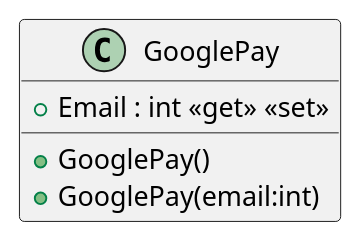
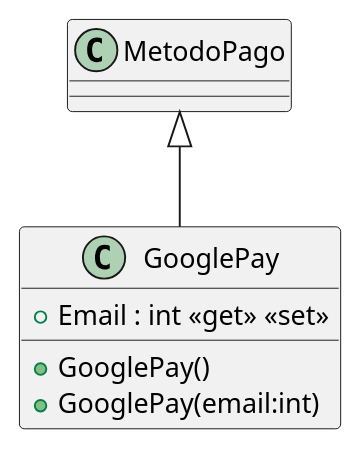
Before and after one commit to ISII2627NeedMoneyForMac/ISII2627NeedMoneyForMac: the diagram in src/AppForSEII.API/ClassDiagram/GooglePay.puml, drawn with PlantUML. The commit also changed 1 other file, not shown here.

Commit message:
cambiados los archivos .puml de GooglePay y Visa (#58)
cambiados los archivos .puml de GooglePay y Visa

```diff
--- a/src/AppForSEII.API/ClassDiagram/GooglePay.puml
+++ b/src/AppForSEII.API/ClassDiagram/GooglePay.puml
@@ -1,7 +1,8 @@
 @startuml
 class GooglePay {
     + GooglePay()
     + GooglePay(email:int)
     + Email : int <<get>> <<set>>
 }
+MetodoPago <|-- GooglePay
 @enduml
```
